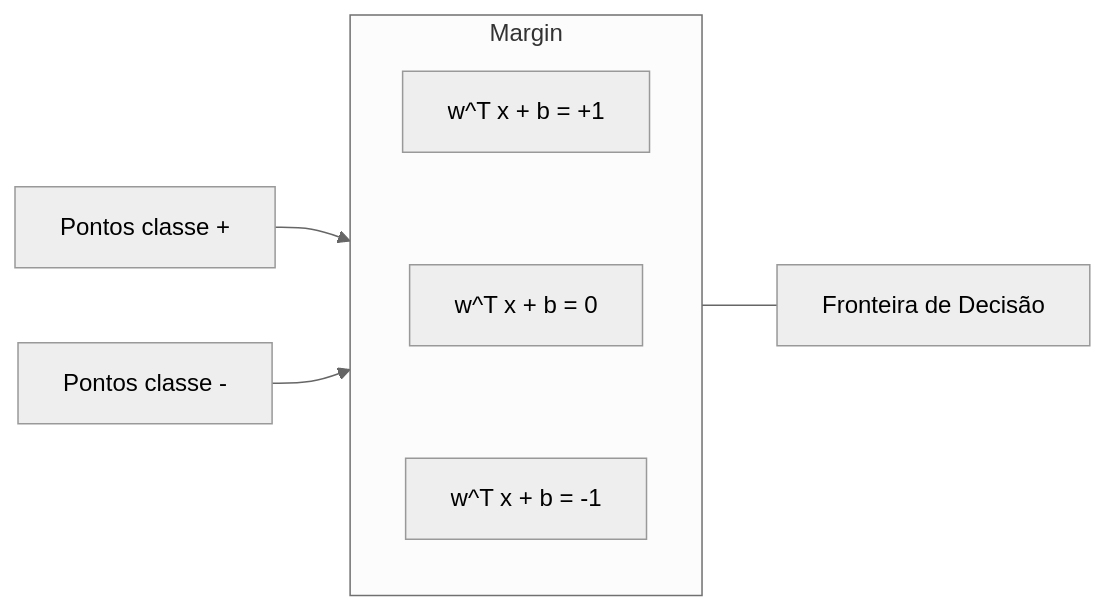
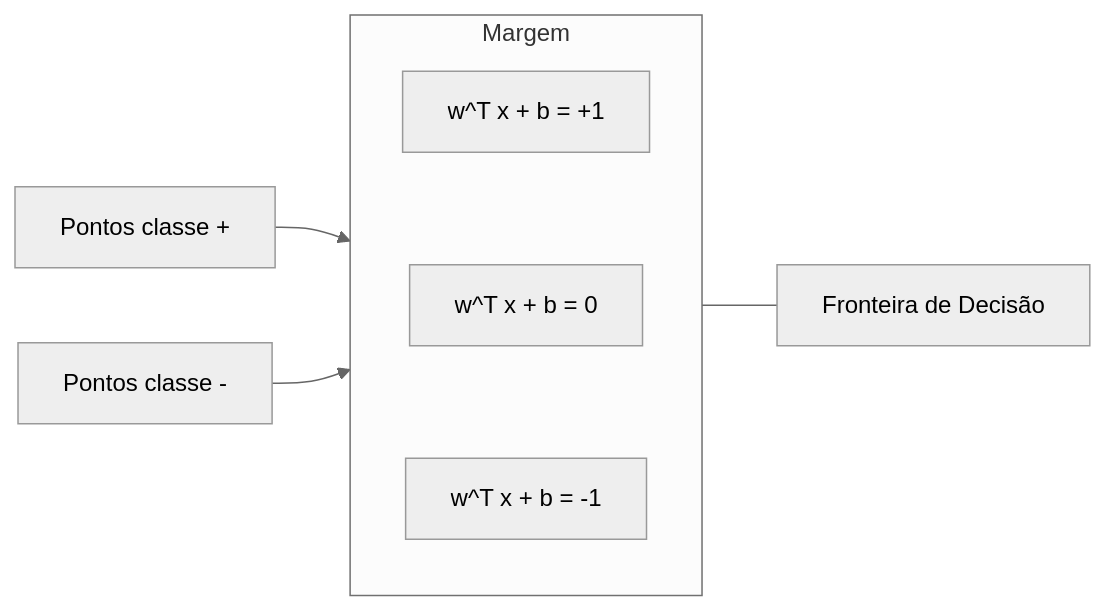
Before and after one commit to K3lvin-dev/ai-engineering-from-scratch: the first of 3 diagrams in phases/02-ml-fundamentals/05-support-vector-machines/docs/pt-br.md, drawn with Mermaid (neutral theme). The commit also changed other lines of this file and 17 other files, not shown here.

````diff
--- a/phases/02-ml-fundamentals/05-support-vector-machines/docs/pt-br.md
+++ b/phases/02-ml-fundamentals/05-support-vector-machines/docs/pt-br.md
@@ -27,10 +41,10 @@
 ```mermaid
 graph LR
-    subgraph Margin
+    subgraph Margem
         direction TB
         A["w^T x + b = +1"] ~~~ B["w^T x + b = 0"] ~~~ C["w^T x + b = -1"]
     end
     D["Pontos classe +"] --> A
     E["Pontos classe -"] --> C
     B --- F["Fronteira de Decisão"]
 ```
````
